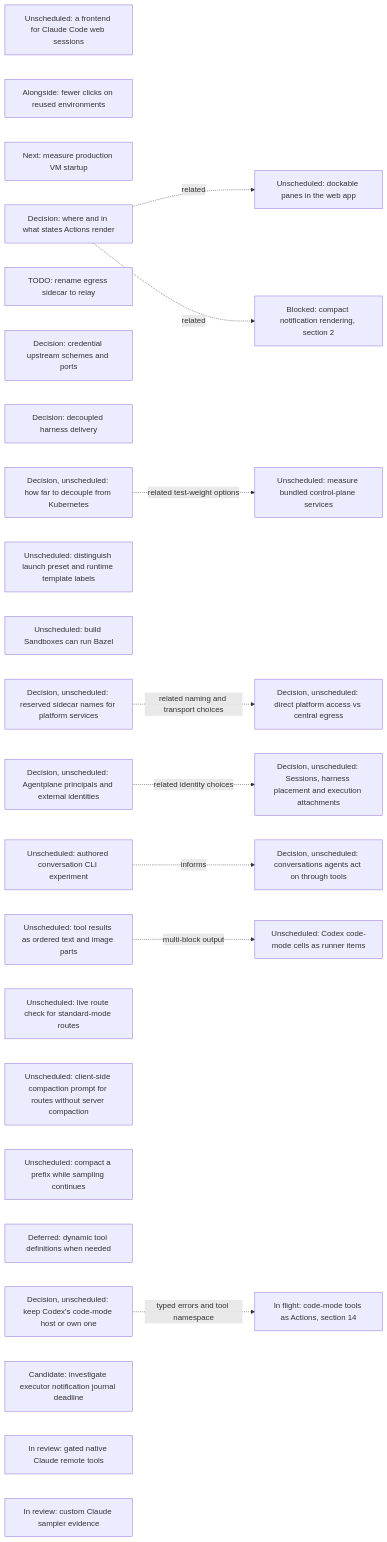
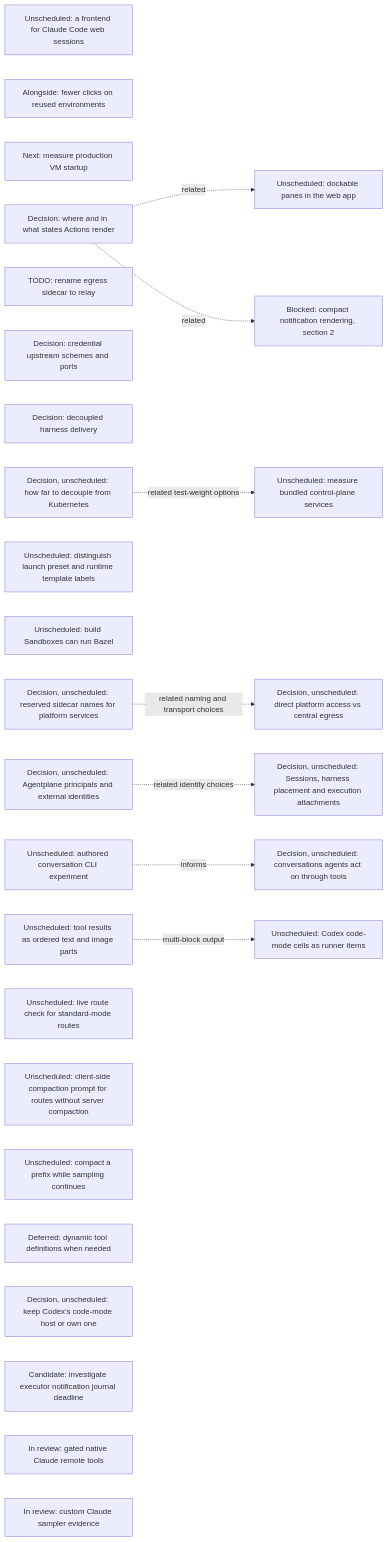
The eighth of 21 diagrams in agentplane/plans/task_dag.md (agentydragon/ducktape), drawn with Mermaid before and after one commit. The commit also changed other lines of this file and 7 other files, not shown here.

````diff
--- a/agentplane/plans/task_dag.md
+++ b/agentplane/plans/task_dag.md
@@ -1086,39 +1066,38 @@
 ```mermaid
 flowchart LR
     CLAUDE_CODE_WEB_BRIDGE[Unscheduled: a frontend for Claude Code web sessions]
     SESSION_LAUNCH_FRICTION[Alongside: fewer clicks on reused environments]
     VM_STARTUP_LATENCY[Next: measure production VM startup]
     ACTION_SURFACES_DESIGN[Decision: where and in what states Actions render]
     EGRESS_RELAY_RENAME[TODO: rename egress sidecar to relay]
     EGRESS_CREDENTIAL_TRANSPORT_DESIGN[Decision: credential upstream schemes and ports]
     RUNNER_HARNESS_DELIVERY_DESIGN[Decision: decoupled harness delivery]
     K3S_BUNDLED_SERVICES_SPIKE[Unscheduled: measure bundled control-plane services]
     KUBERNETES_DECOUPLING_DESIGN[Decision, unscheduled: how far to decouple from Kubernetes]
     KUBERNETES_DECOUPLING_DESIGN -. related test-weight options .-> K3S_BUNDLED_SERVICES_SPIKE
     DOCKABLE_PANES[Unscheduled: dockable panes in the web app]
     ACTION_SURFACES_DESIGN -. related .-> DOCKABLE_PANES
     NOTIFICATION_PRESENTATION[Blocked: compact notification rendering, section 2]
     ACTION_SURFACES_DESIGN -. related .-> NOTIFICATION_PRESENTATION
     SANDBOX_FORM_TERMINOLOGY[Unscheduled: distinguish launch preset and runtime template labels]
     BUILD_BOX_BAZEL[Unscheduled: build Sandboxes can run Bazel]
     PLATFORM_SERVICE_NAMES_DESIGN[Decision, unscheduled: reserved sidecar names for platform services]
     PLATFORM_SERVICE_ROUTING_DESIGN[Decision, unscheduled: direct platform access vs central egress]
     PLATFORM_SERVICE_NAMES_DESIGN -. related naming and transport choices .-> PLATFORM_SERVICE_ROUTING_DESIGN
     SESSION_RUNTIME_MODEL_DESIGN[Decision, unscheduled: Sessions, harness placement and execution attachments]
     AGENT_PRINCIPAL_MODEL_DESIGN[Decision, unscheduled: Agentplane principals and external identities]
     AGENT_PRINCIPAL_MODEL_DESIGN -. related identity choices .-> SESSION_RUNTIME_MODEL_DESIGN
     AGENT_AUTHORED_CONVERSATIONS_DESIGN[Decision, unscheduled: conversations agents act on through tools]
     AGENT_AUTHORED_CONVERSATIONS_EXPERIMENT[Unscheduled: authored conversation CLI experiment]
     AGENT_AUTHORED_CONVERSATIONS_EXPERIMENT -. informs .-> AGENT_AUTHORED_CONVERSATIONS_DESIGN
     STRUCTURED_TOOL_OUTPUT[Unscheduled: tool results as ordered text and image parts]
     STRUCTURED_TOOL_OUTPUT -. multi-block output .-> CODEX_CODE_MODE_CELLS[Unscheduled: Codex code-mode cells as runner items]
     CENTRAL_SAMPLER_MODEL_CAPABILITIES[Unscheduled: live route check for standard-mode routes]
     CENTRAL_SAMPLER_PROMPT_COMPACTION[Unscheduled: client-side compaction prompt for routes without server compaction]
     CENTRAL_SAMPLER_BACKGROUND_COMPACTION[Unscheduled: compact a prefix while sampling continues]
     CENTRAL_SAMPLER_DYNAMIC_TOOLS[Deferred: dynamic tool definitions when needed]
     CODE_MODE_HOST_DESIGN[Decision, unscheduled: keep Codex's code-mode host or own one]
-    CODE_MODE_HOST_DESIGN -. typed errors and tool namespace .-> CENTRAL_SESSION_DELEGATED_ACTING[In flight: code-mode tools as Actions, section 14]
     SAMPLER_NOTIFICATION_JOURNAL[Candidate: investigate executor notification journal deadline]
     CLAUDE_REMOTE_EXECUTION_SPIKE[In review: gated native Claude remote tools]
     CLAUDE_CUSTOM_SAMPLER[In review: custom Claude sampler evidence]
 ```
````
